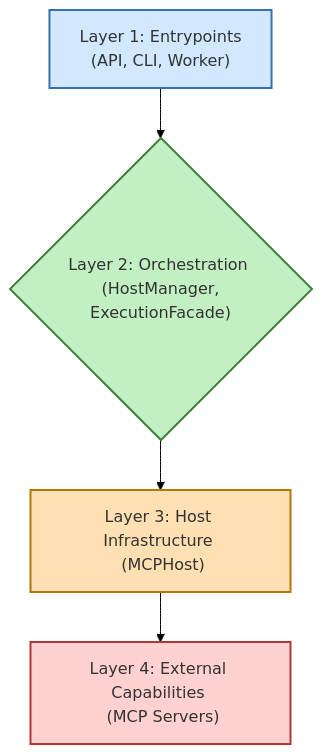
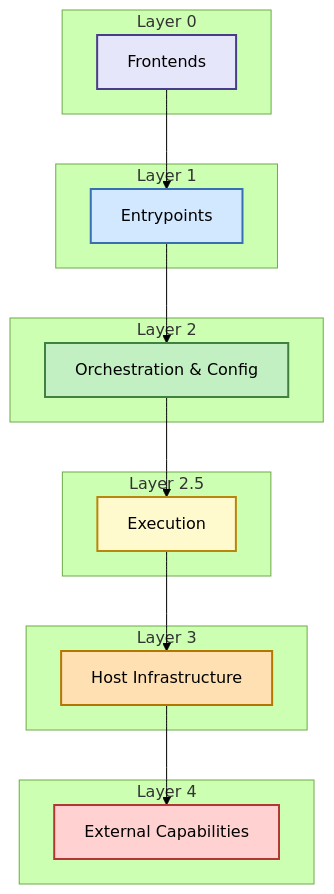
One commit to Aurite-ai/aurite-agents changed the third of 3 diagrams in README.md. Above: the diagram before and after it, drawn with Mermaid (forest theme). The commit also changed other lines of this file and 7 other files, not shown here.

````diff
--- a/README.md
+++ b/README.md
@@ -151,11 +151,34 @@
 ```mermaid
 graph TD
-    A["Layer 1: Entrypoints <br/> (API, CLI, Worker)"] --> B{"Layer 2: Orchestration <br/> (HostManager, ExecutionFacade)"};
-    B --> C["Layer 3: Host Infrastructure <br/> (MCPHost)"];
-    C --> D["Layer 4: External Capabilities <br/> (MCP Servers)"];
+    subgraph Layer 0
+        L0[Frontends]
+    end
+    subgraph Layer 1
+        L1[Entrypoints]
+    end
+    subgraph Layer 2
+        L2[Orchestration & Config]
+    end
+    subgraph Layer 2.5
+        L2_5[Execution]
+    end
+    subgraph Layer 3
+        L3[Host Infrastructure]
+    end
+    subgraph Layer 4
+        L4[External Capabilities]
+    end
 
-    style A fill:#D1E8FF,stroke:#3670B3,stroke-width:2px,color:#333333
-    style B fill:#C2F0C2,stroke:#408040,stroke-width:2px,color:#333333
-    style C fill:#FFE0B3,stroke:#B37700,stroke-width:2px,color:#333333
-    style D fill:#FFD1D1,stroke:#B33636,stroke-width:2px,color:#333333
+    L0 --> L1
+    L1 --> L2
+    L2 --> L2_5
+    L2_5 --> L3
+    L3 --> L4
+
+    style L0 fill:#E6E6FA,stroke:#483D8B,stroke-width:2px
+    style L1 fill:#D1E8FF,stroke:#3670B3,stroke-width:2px
+    style L2 fill:#C2F0C2,stroke:#408040,stroke-width:2px
+    style L2_5 fill:#FFFACD,stroke:#B8860B,stroke-width:2px
+    style L3 fill:#FFE0B3,stroke:#B37700,stroke-width:2px
+    style L4 fill:#FFD1D1,stroke:#B33636,stroke-width:2px
 ```
````
